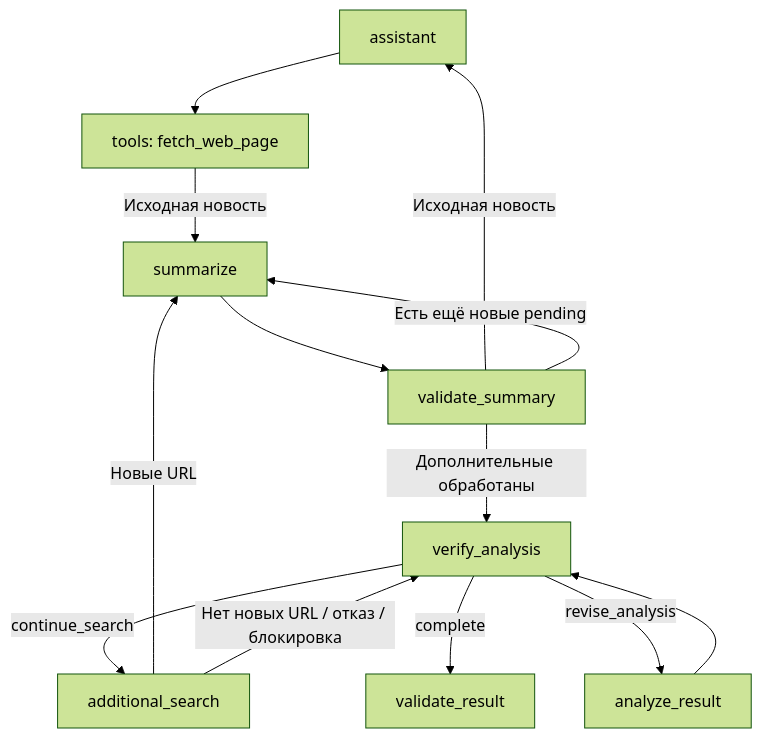
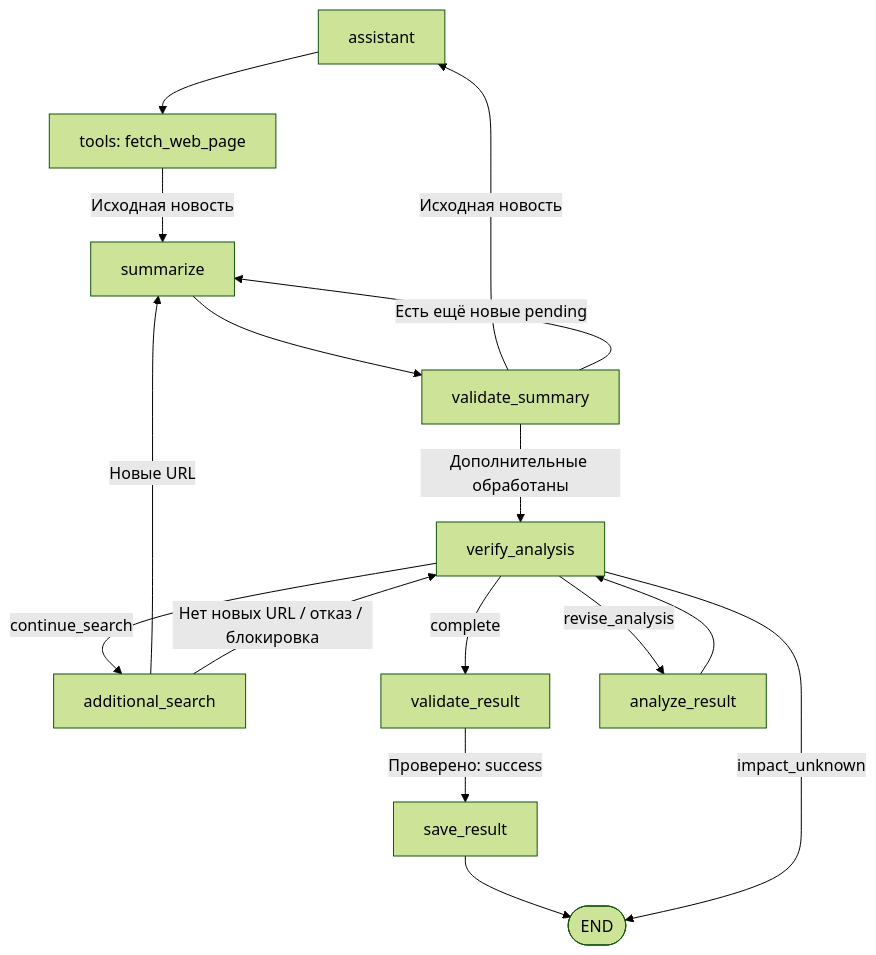
The diagram in specs/analysis_news/additional-search-node-2026-11-07.md (VetrovDmitry007/Codex), drawn with Mermaid (forest theme) before and after one commit.

Commit message:
docs: show terminal routes in integration Mermaid audit

````diff
--- a/specs/analysis_news/additional-search-node-2026-11-07.md
+++ b/specs/analysis_news/additional-search-node-2026-11-07.md
@@ -121,15 +121,18 @@
 ```mermaid
 flowchart TD
     A[assistant] --> T[tools: fetch_web_page]
     T -->|Исходная новость| S[summarize]
     S --> V[validate_summary]
     V -->|Исходная новость| A
     V -->|Есть ещё новые pending| S
     V -->|Дополнительные обработаны| E[verify_analysis]
     E -->|continue_search| N[additional_search]
     N -->|Новые URL| S
     N -->|Нет новых URL / отказ / блокировка| E
     E -->|complete| R[validate_result]
+    R -->|Проверено: success| W[save_result]
+    W --> F([END])
+    E -->|impact_unknown| F
     E -->|revise_analysis| AR[analyze_result]
     AR --> E
 ```
````
